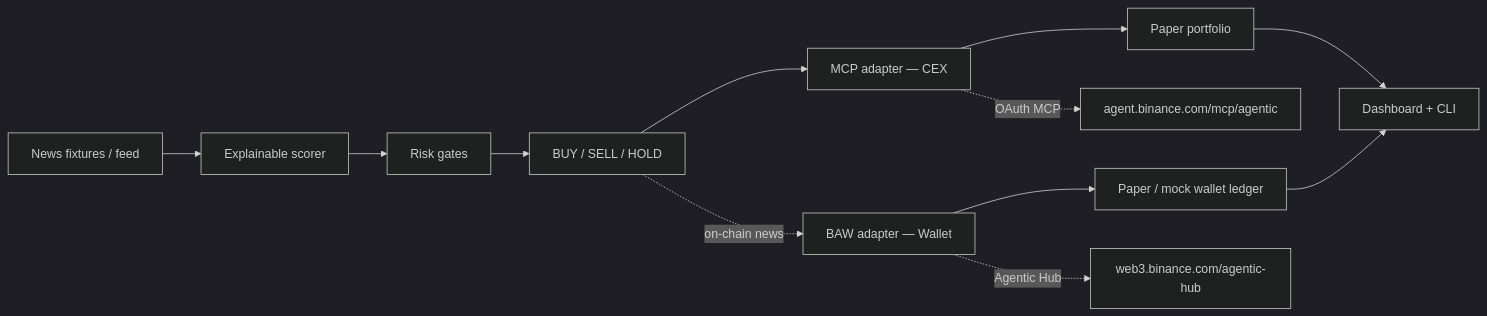
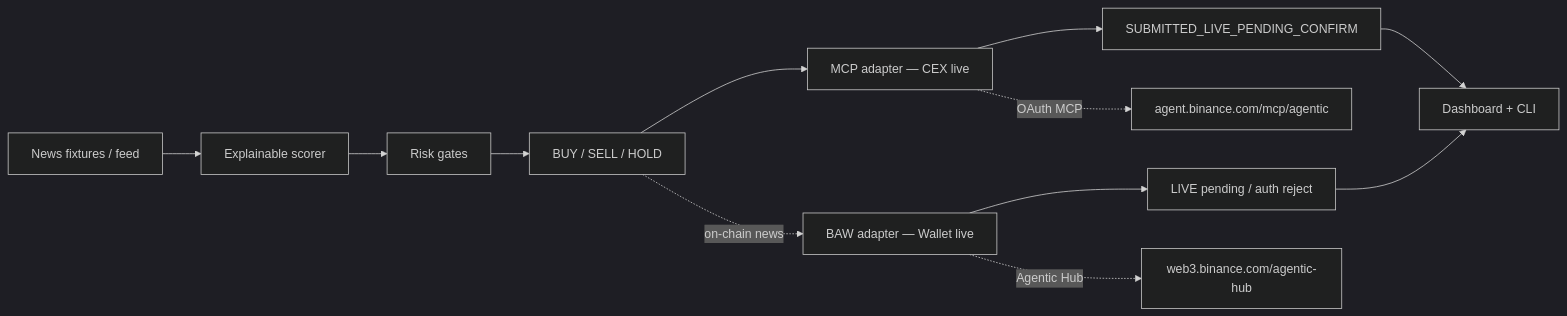
Before and after one commit to herewegoagain4436-creator/newspulse-binance-agent-os: the diagram in README.md, drawn with Mermaid (dark theme). The commit also changed other lines of this file and 12 other files, not shown here.

First line of the commit message:
Make live mode the default; fail clearly when Agent OS auth unavailable

````diff
--- a/README.md
+++ b/README.md
@@ -31,14 +31,14 @@
 ```mermaid
 flowchart LR
   News[News fixtures / feed] --> Scorer[Explainable scorer]
   Scorer --> Risk[Risk gates]
   Risk --> Decision[BUY / SELL / HOLD]
-  Decision --> MCP[MCP adapter — CEX]
-  Decision -.->|on-chain news| BAW[BAW adapter — Wallet]
-  MCP --> Paper[Paper portfolio]
-  BAW --> WalletLedger[Paper / mock wallet ledger]
+  Decision --> MCP[MCP adapter — CEX live]
+  Decision -.->|on-chain news| BAW[BAW adapter — Wallet live]
+  MCP --> Pending[SUBMITTED_LIVE_PENDING_CONFIRM]
+  BAW --> HubPending[LIVE pending / auth reject]
   MCP -.->|OAuth MCP| BinanceMcp[agent.binance.com/mcp/agentic]
   BAW -.->|Agentic Hub| BinanceBaw[web3.binance.com/agentic-hub]
-  Paper --> UI[Dashboard + CLI]
-  WalletLedger --> UI
+  Pending --> UI[Dashboard + CLI]
+  HubPending --> UI
 ```
````
